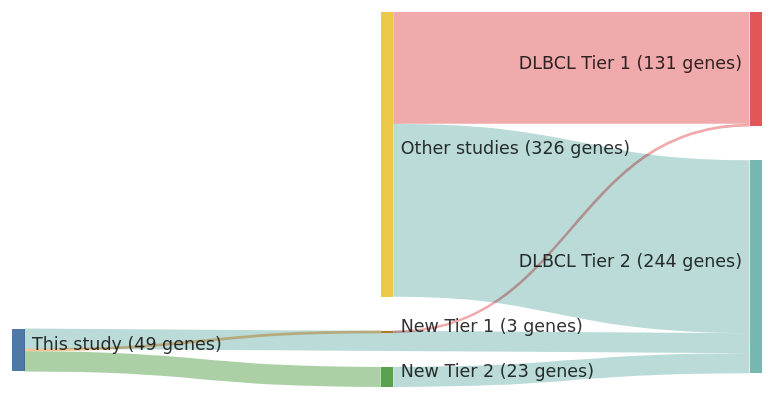
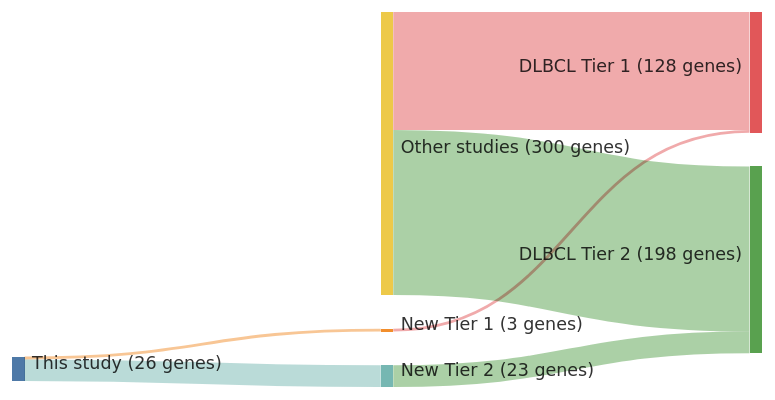
One commit to morinlab/lymphopedia changed the diagram in papers/hubschmannMutationalMechanismsShaping2021b.md. Above: the diagram before and after it, drawn with Mermaid. The commit also changed 81 other files, not shown here.

````diff
--- a/papers/hubschmannMutationalMechanismsShaping2021b.md
+++ b/papers/hubschmannMutationalMechanismsShaping2021b.md
@@ -13,21 +13,20 @@
 ```mermaid
 ---
 config:
     sankey:
         showValues: true
         linkColor: target
         width: 600
         height: 300
         nodeAlignment: right
         prefix: '('
         suffix: ' genes)'
 ---
 sankey-beta
 This study, New Tier 1, 3
 New Tier 1, DLBCL Tier 1, 3
-This study, DLBCL Tier 2, 23
 This study, New Tier 2, 23
 New Tier 2, DLBCL Tier 2, 23
-Other studies, DLBCL Tier 1, 128
-Other studies, DLBCL Tier 2, 198
+Other studies, DLBCL Tier 1, 125
+Other studies, DLBCL Tier 2, 175
 ```
````
